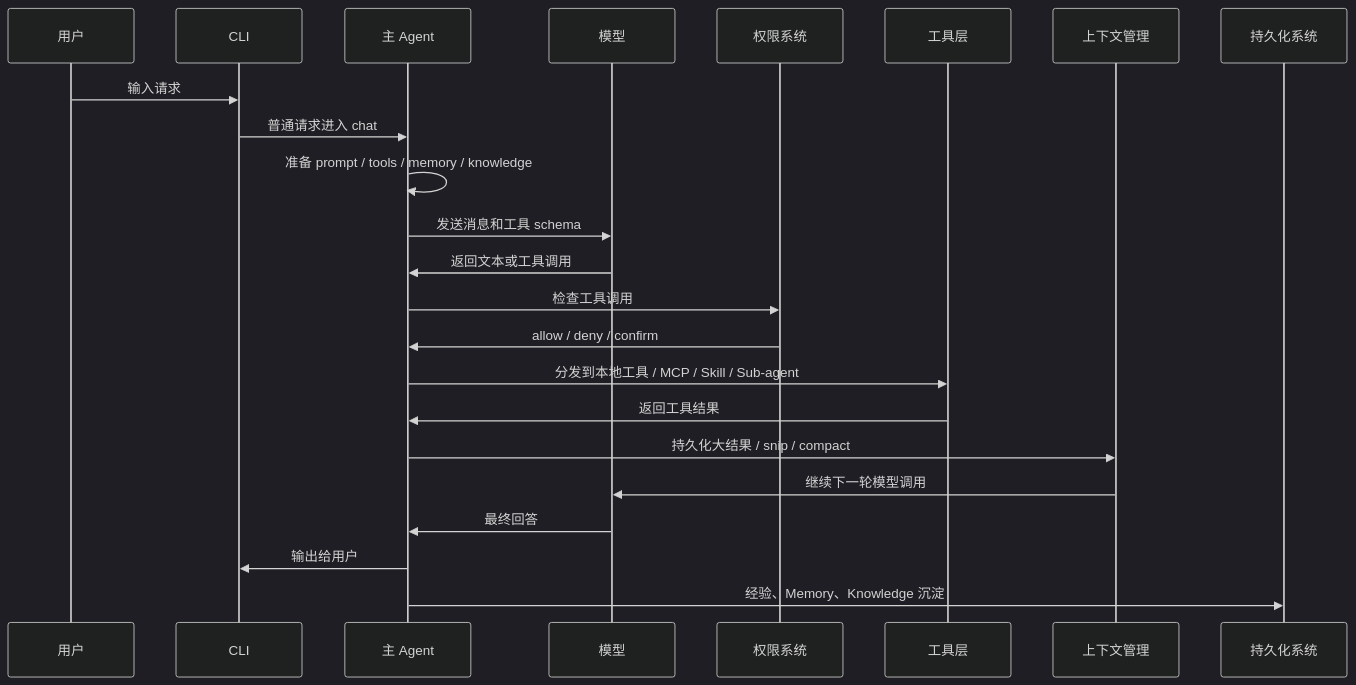
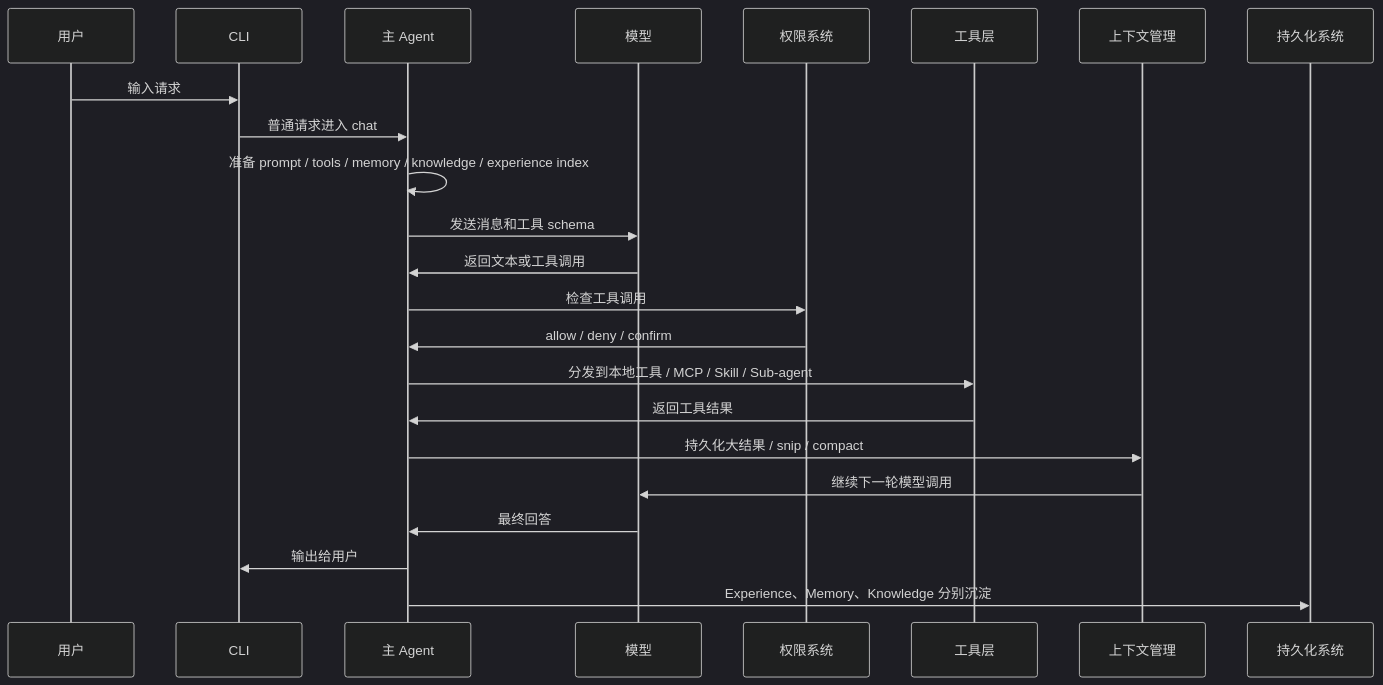
One commit to 8utterf1y/final changed the tenth of 10 diagrams in StudyDocs/00-整体架构串联.md. Above: the diagram before and after it, drawn with Mermaid (dark theme). The commit also changed other lines of this file and 16 other files, not shown here.

````diff
--- a/StudyDocs/00-整体架构串联.md
+++ b/StudyDocs/00-整体架构串联.md
@@ -234,26 +236,26 @@
 ```mermaid
 sequenceDiagram
     participant U as 用户
     participant CLI as CLI
     participant A as 主 Agent
     participant M as 模型
     participant P as 权限系统
     participant T as 工具层
     participant C as 上下文管理
     participant S as 持久化系统
 
     U->>CLI: 输入请求
     CLI->>A: 普通请求进入 chat
-    A->>A: 准备 prompt / tools / memory / knowledge
+    A->>A: 准备 prompt / tools / memory / knowledge / experience index
     A->>M: 发送消息和工具 schema
     M->>A: 返回文本或工具调用
     A->>P: 检查工具调用
     P->>A: allow / deny / confirm
     A->>T: 分发到本地工具 / MCP / Skill / Sub-agent
     T->>A: 返回工具结果
     A->>C: 持久化大结果 / snip / compact
     C->>M: 继续下一轮模型调用
     M->>A: 最终回答
     A->>CLI: 输出给用户
-    A->>S: 经验、Memory、Knowledge 沉淀
+    A->>S: Experience、Memory、Knowledge 分别沉淀
 ```
````
